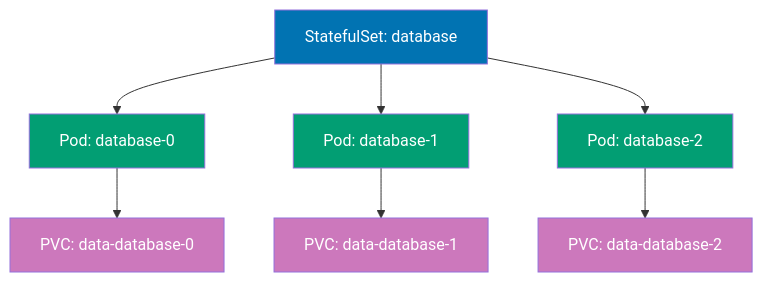
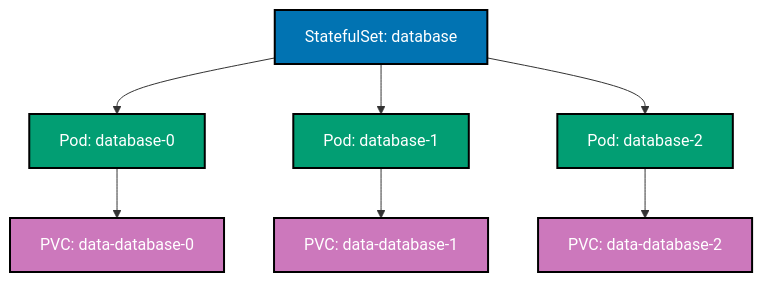
Before and after one commit to wahidyankf/open-sharia-enterprise: the first of 12 diagrams in apps/ayokoding-web/content/en/learn/software-engineering/infrastructure/tools/kubernetes/by-example/intermediate.md, drawn with Mermaid. The commit also changed other lines of this file and 25 other files, not shown here.

````diff
--- a/apps/ayokoding-web/content/en/learn/software-engineering/infrastructure/tools/kubernetes/by-example/intermediate.md
+++ b/apps/ayokoding-web/content/en/learn/software-engineering/infrastructure/tools/kubernetes/by-example/intermediate.md
@@ -33,18 +33,19 @@
 ```mermaid
+%% Color Palette: Blue #0173B2, Orange #DE8F05, Teal #029E73, Purple #CC78BC, Brown #CA9161
 %% StatefulSet architecture with persistent storage
 graph TD
  A[StatefulSet: database] --> B[Pod: database-0]
  A --> C[Pod: database-1]
  A --> D[Pod: database-2]
  B --> E[PVC: data-database-0]
  C --> F[PVC: data-database-1]
  D --> G[PVC: data-database-2]
 
- style A fill:#0173B2,color:#fff
- style B fill:#029E73,color:#fff
- style C fill:#029E73,color:#fff
- style D fill:#029E73,color:#fff
- style E fill:#CC78BC,color:#fff
- style F fill:#CC78BC,color:#fff
- style G fill:#CC78BC,color:#fff
+ style A fill:#0173B2,stroke:#000000,stroke-width:2px,color:#fff
+ style B fill:#029E73,stroke:#000000,stroke-width:2px,color:#fff
+ style C fill:#029E73,stroke:#000000,stroke-width:2px,color:#fff
+ style D fill:#029E73,stroke:#000000,stroke-width:2px,color:#fff
+ style E fill:#CC78BC,stroke:#000000,stroke-width:2px,color:#fff
+ style F fill:#CC78BC,stroke:#000000,stroke-width:2px,color:#fff
+ style G fill:#CC78BC,stroke:#000000,stroke-width:2px,color:#fff
 ```
````
